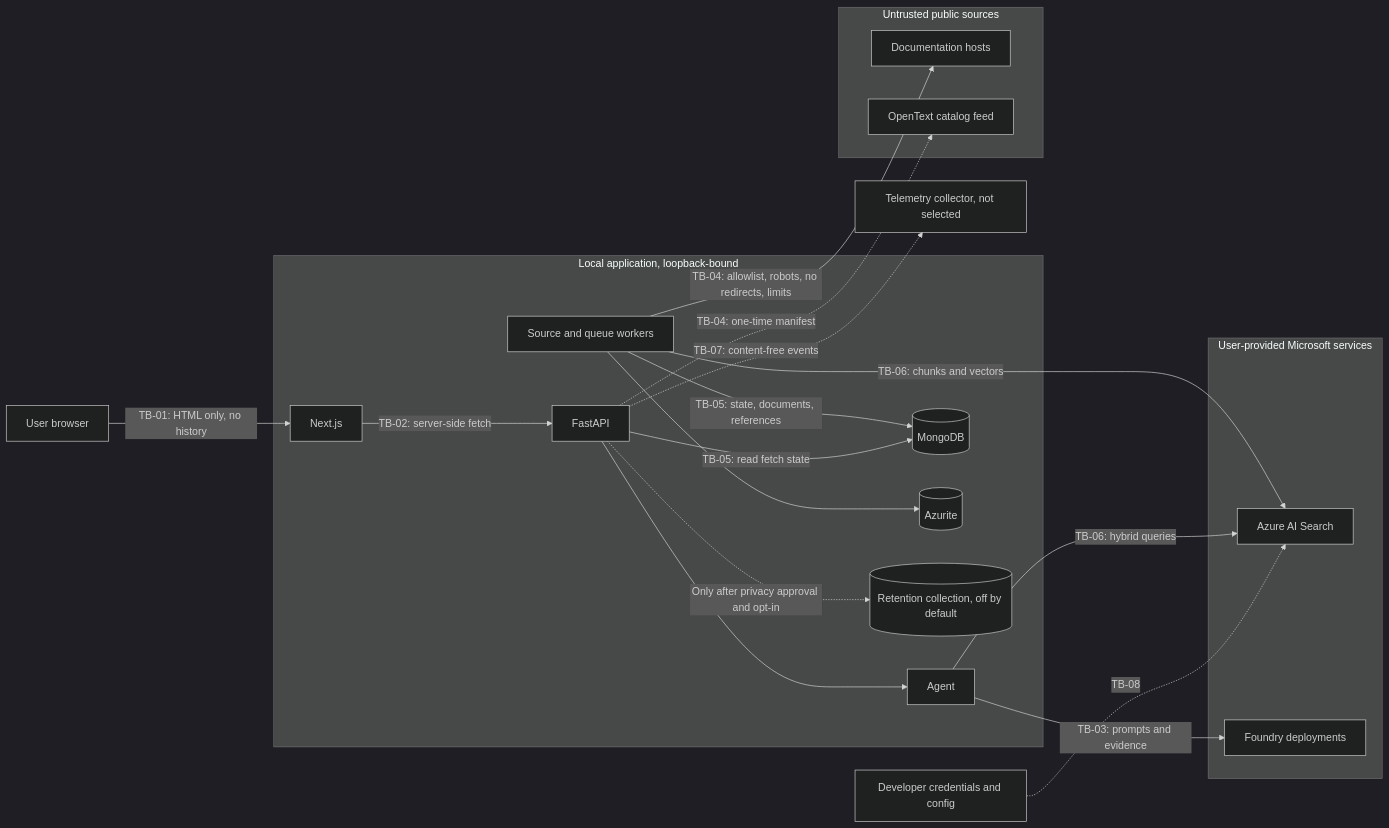
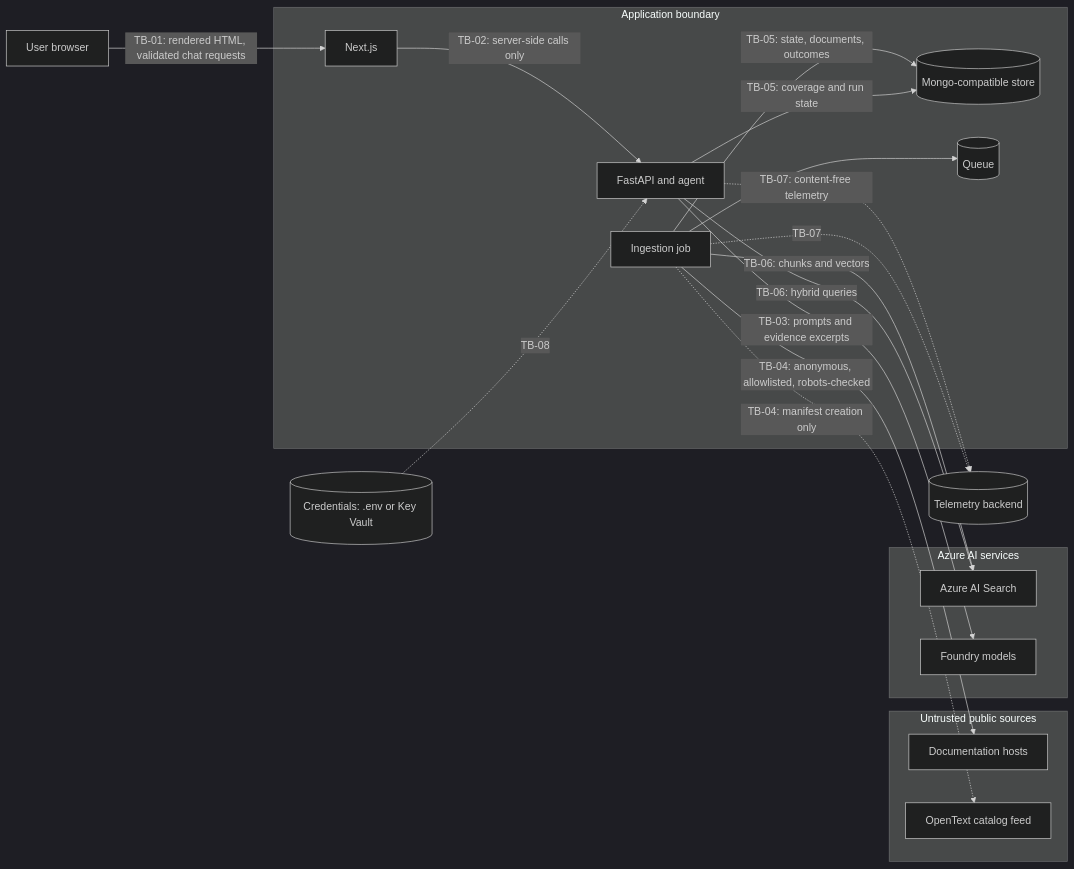
The fifth of 6 diagrams in docs/architecture/architecture-overview.md (ubk1004/product-support-agent), drawn with Mermaid (dark theme) before and after one commit. The commit also changed other lines of this file and 58 other files, not shown here.

````diff
--- a/docs/architecture/architecture-overview.md
+++ b/docs/architecture/architecture-overview.md
@@ -359,42 +286,39 @@
 ```mermaid
 flowchart LR
     Browser[User browser]
 
-    subgraph Local["Local application, loopback-bound"]
+    subgraph App["Application boundary"]
         UI[Next.js]
-        API[FastAPI]
-        Agent["Agent"]
-        Worker[Source and queue workers]
-        Mongo[(MongoDB)]
-        Queue[(Azurite)]
-        Retention[("Retention collection, off by default")]
+        API[FastAPI and agent]
+        Job[Ingestion job]
+        Store[(Mongo-compatible store)]
+        Queue[(Queue)]
     end
 
     subgraph Public["Untrusted public sources"]
         Docs[Documentation hosts]
         Catalog[OpenText catalog feed]
     end
 
-    subgraph Microsoft["User-provided Microsoft services"]
+    subgraph Azure["Azure AI services"]
         Search[Azure AI Search]
-        Foundry[Foundry deployments]
+        Foundry[Foundry models]
     end
 
-    Telemetry["Telemetry collector, not selected"]
-    DevCreds["Developer credentials and config"]
+    Telemetry[(Telemetry backend)]
+    Secrets[(Credentials: .env or Key Vault)]
 
-    Browser -->|"TB-01: HTML only, no history"| UI
-    UI -->|"TB-02: server-side fetch"| API
-    API --> Agent
-    Agent -->|"TB-03: prompts and evidence"| Foundry
-    Worker -->|"TB-04: allowlist, robots, no redirects, limits"| Docs
-    API -.->|"TB-04: one-time manifest"| Catalog
-    Worker -->|"TB-05: state, documents, references"| Mongo
-    Worker --> Queue
-    API -->|"TB-05: read fetch state"| Mongo
-    Worker -->|"TB-06: chunks and vectors"| Search
-    Agent -->|"TB-06: hybrid queries"| Search
-    API -.->|"TB-07: content-free events"| Telemetry
-    API -.->|"Only after privacy approval and opt-in"| Retention
-    DevCreds -.->|"TB-08"| Search
+    Browser -->|"TB-01: rendered HTML, validated chat requests"| UI
+    UI -->|"TB-02: server-side calls only"| API
+    API -->|"TB-03: prompts and evidence excerpts"| Foundry
+    Job -->|"TB-04: anonymous, allowlisted, robots-checked"| Docs
+    Job -.->|"TB-04: manifest creation only"| Catalog
+    Job -->|"TB-05: state, documents, outcomes"| Store
+    Job --> Queue
+    API -->|"TB-05: coverage and run state"| Store
+    Job -->|"TB-06: chunks and vectors"| Search
+    API -->|"TB-06: hybrid queries"| Search
+    API -.->|"TB-07: content-free telemetry"| Telemetry
+    Job -.->|"TB-07"| Telemetry
+    Secrets -.->|"TB-08"| API
 ```
````
